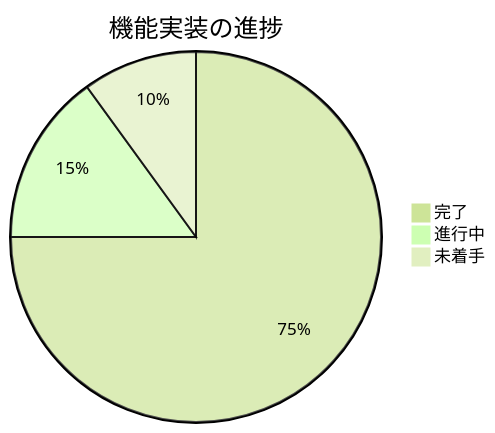
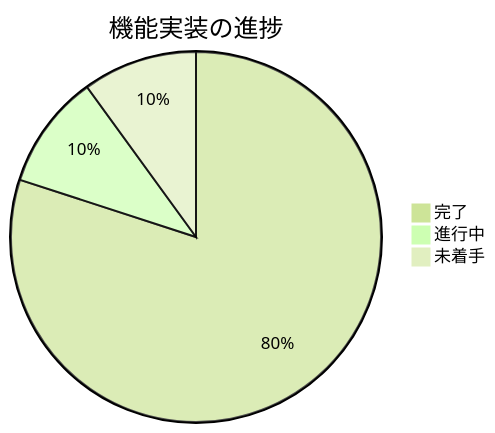
One commit to chokkoyamada/AvailableX changed the diagram in memory-bank/progress.md. Above: the diagram before and after it, drawn with Mermaid (forest theme). The commit also changed other lines of this file and 2 other files, not shown here.

````diff
--- a/memory-bank/progress.md
+++ b/memory-bank/progress.md
@@ -7,6 +7,6 @@
 ```mermaid
 pie title 機能実装の進捗
-    "完了" : 75
-    "進行中" : 15
+    "完了" : 80
+    "進行中" : 10
     "未着手" : 10
 ```
````
